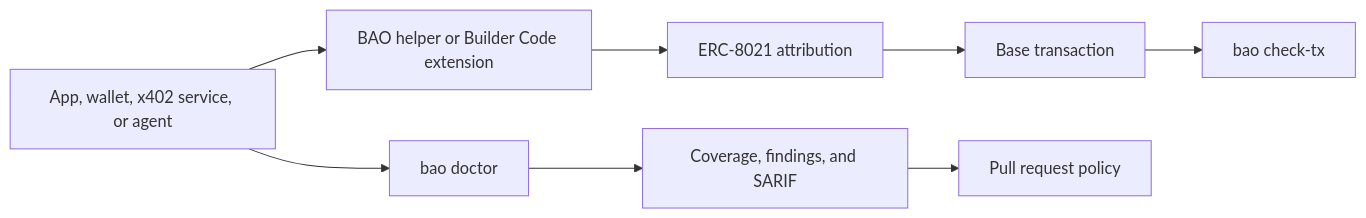
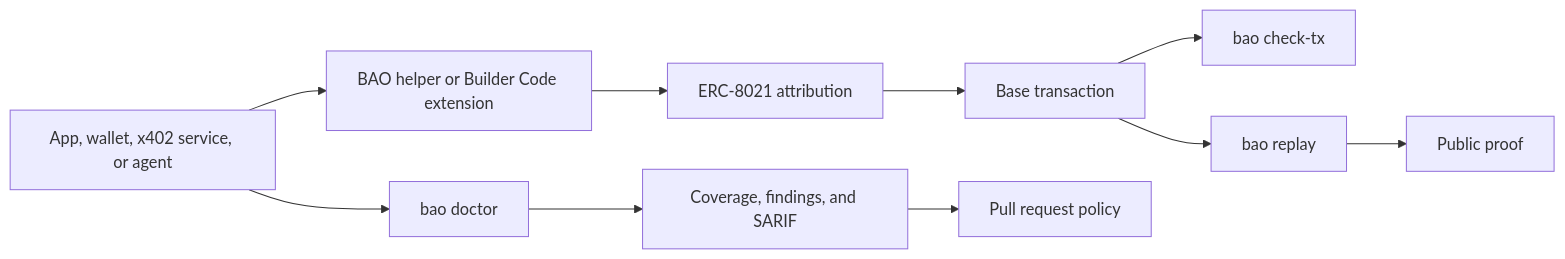
One commit to horn111/base-attribution-os changed the diagram in README.md. Above: the diagram before and after it, drawn with Mermaid. The commit also changed other lines of this file and 23 other files, not shown here.

````diff
--- a/README.md
+++ b/README.md
@@ -19,10 +21,12 @@
 ```mermaid
 flowchart LR
   A["App, wallet, x402 service, or agent"] --> B["BAO helper or Builder Code extension"]
   B --> C["ERC-8021 attribution"]
   C --> D["Base transaction"]
   A --> E["bao doctor"]
   E --> F["Coverage, findings, and SARIF"]
   F --> G["Pull request policy"]
   D --> H["bao check-tx"]
+  D --> I["bao replay"]
+  I --> J["Public proof"]
 ```
````
